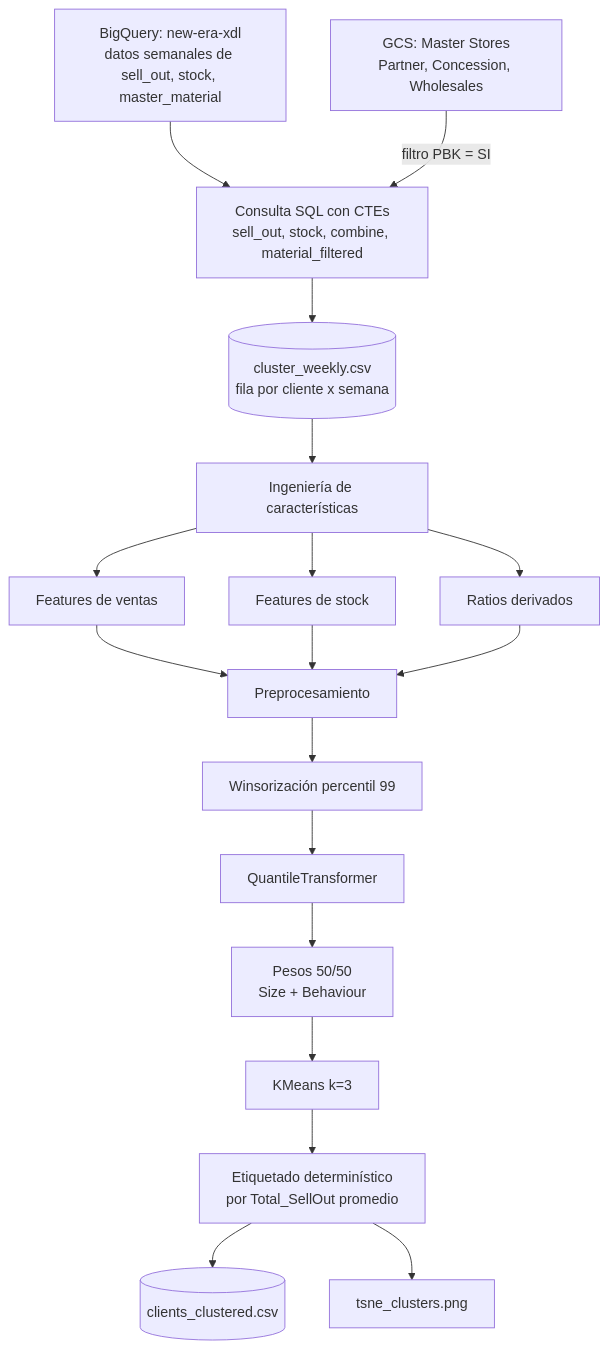
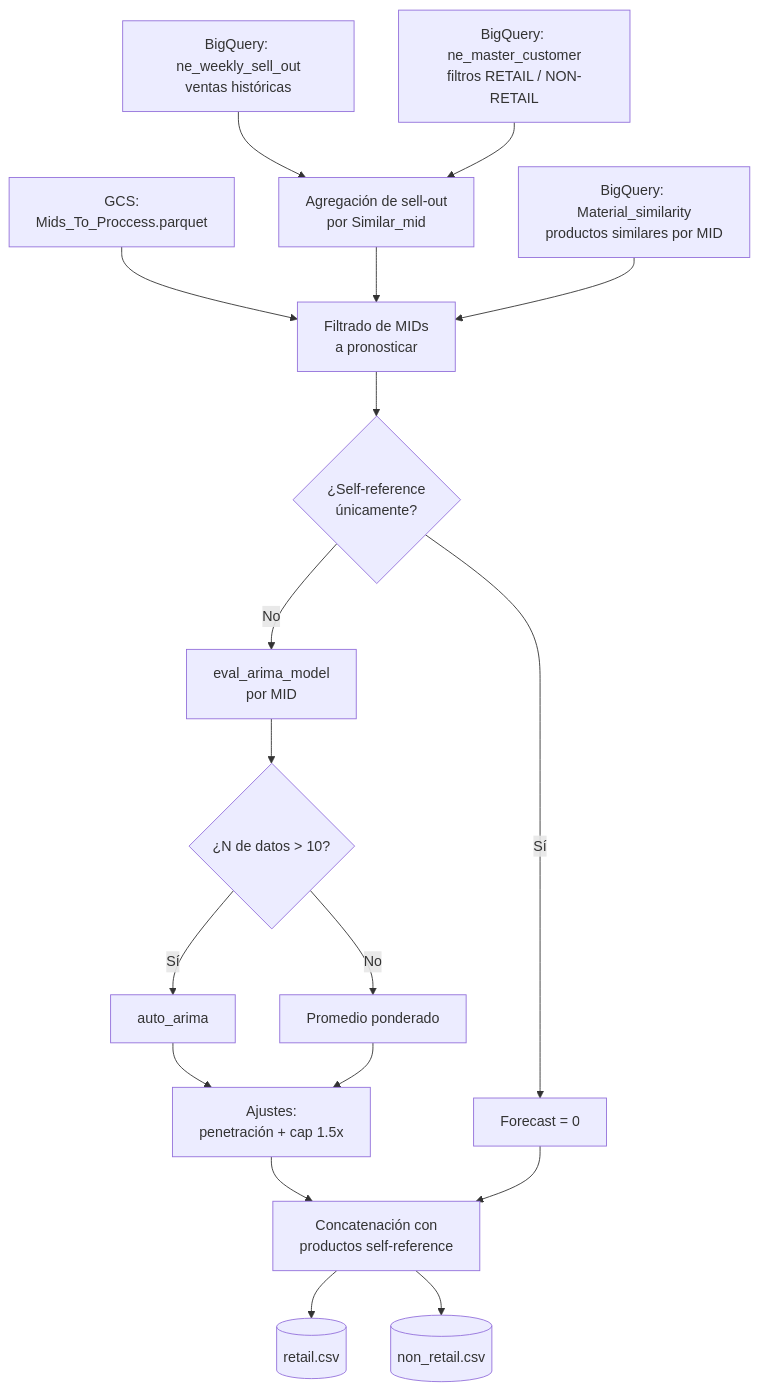
The diagram in README.md (CarolinaNPA/kdrama-recommender), drawn with Mermaid before and after one commit. The commit also changed other lines of this file, not shown here.

````diff
--- a/README.md
+++ b/README.md
@@ -21,20 +21,20 @@
 ```mermaid
 flowchart TD
-    A[BigQuery: new-era-xdl<br/>datos semanales de sell_out, stock, master_material] --> B[Consulta SQL con CTEs<br/>sell_out, stock, combine, material_filtered]
-    C[GCS: Master Stores<br/>Partner, Concession, Wholesales] -->|filtro PBK = SI| B
-    B --> D[(cluster_weekly.csv<br/>fila por cliente x semana)]
-    D --> E[Ingeniería de características]
-    E --> E1[Features de ventas]
-    E --> E2[Features de stock]
-    E --> E3[Ratios derivados]
-    E1 --> F[Preprocesamiento]
-    E2 --> F
-    E3 --> F
-    F --> F1[Winsorización percentil 99]
-    F1 --> F2[QuantileTransformer]
-    F2 --> F3[Pesos 50/50<br/>Size + Behaviour]
-    F3 --> G[KMeans k=3]
-    G --> H[Etiquetado determinístico<br/>por Total_SellOut promedio]
-    H --> I1[(clients_clustered.csv)]
-    H --> I2[tsne_clusters.png]
+    A[GCS:<br/>Mids_To_Proccess.parquet] --> D
+    B[BigQuery: ne_weekly_sell_out<br/>ventas históricas] --> C[Agregación de sell-out<br/>por Similar_mid]
+    B2[BigQuery: ne_master_customer<br/>filtros RETAIL / NON-RETAIL] --> C
+    C --> D[Filtrado de MIDs<br/>a pronosticar]
+    E[BigQuery: Material_similarity<br/>productos similares por MID] --> D
+    D --> F{¿Self-reference<br/>únicamente?}
+    F -->|Sí| G[Forecast = 0]
+    F -->|No| H[eval_arima_model<br/>por MID]
+    H --> H1{¿N de datos > 10?}
+    H1 -->|Sí| H2[auto_arima]
+    H1 -->|No| H3[Promedio ponderado]
+    H2 --> I[Ajustes:<br/>penetración + cap 1.5x]
+    H3 --> I
+    I --> J[Concatenación con<br/>productos self-reference]
+    G --> J
+    J --> K1[(retail.csv)]
+    J --> K2[(non_retail.csv)]
 ```
````
